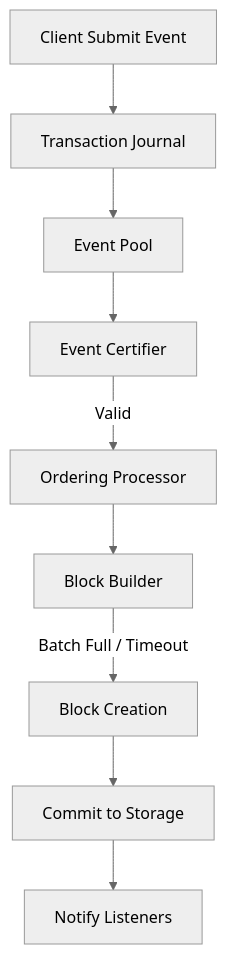
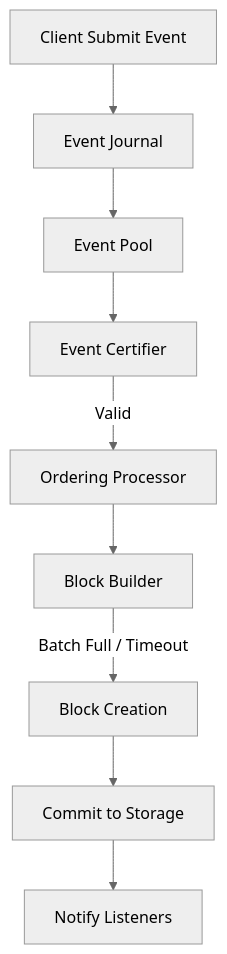
One commit to VanDung-dev/HieraChain changed the diagram in docs/en/consensus/ordering.md. Above: the diagram before and after it, drawn with Mermaid (neutral theme). The commit also changed other lines of this file and 63 other files, not shown here.

````diff
--- a/docs/en/consensus/ordering.md
+++ b/docs/en/consensus/ordering.md
@@ -32,11 +32,11 @@
 ```mermaid
 graph TD
-    A[Client Submit Event] --> B[Transaction Journal]
+    A[Client Submit Event] --> B[Event Journal]
     B --> C[Event Pool]
     C --> D[Event Certifier]
     D -- Valid --> E[Ordering Processor]
     E --> F[Block Builder]
     F -- Batch Full / Timeout --> G[Block Creation]
     G --> H[Commit to Storage]
     H --> I[Notify Listeners]
 ```
````
